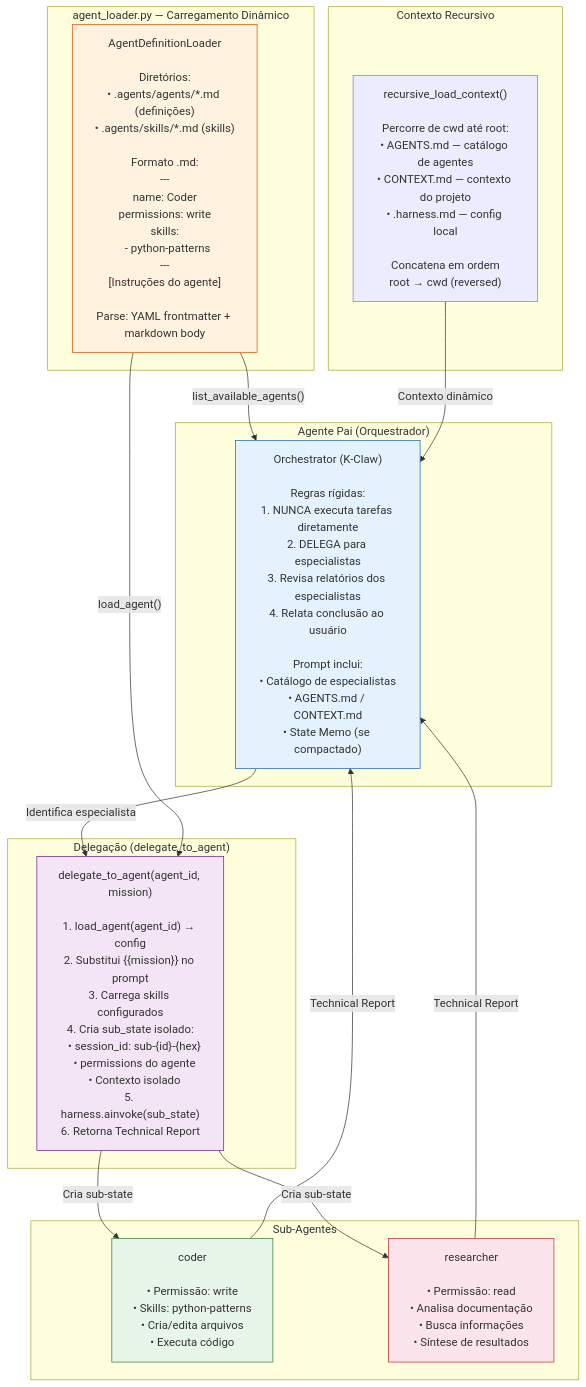
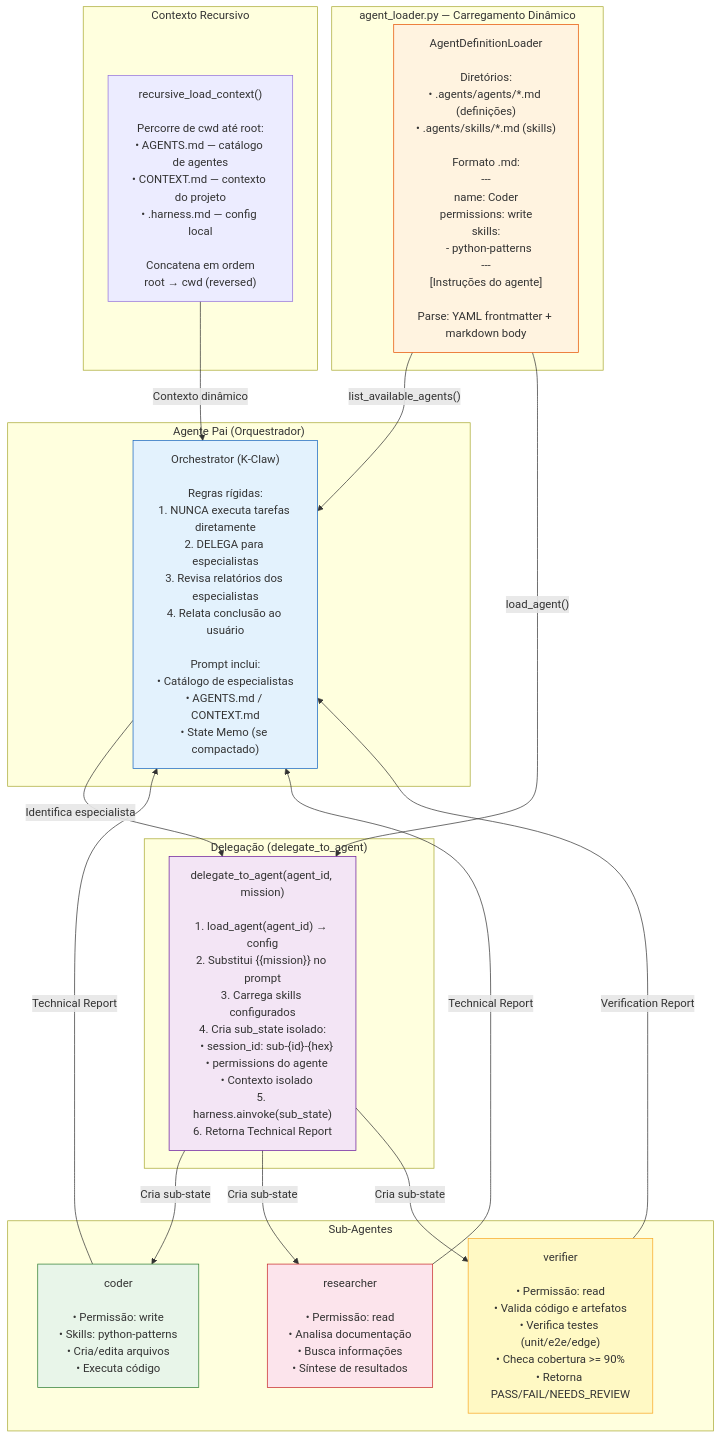
The fifth of 7 diagrams in ARCH.md (KlebersonCollab/k-claw), drawn with Mermaid before and after one commit. The commit also changed other lines of this file and 9 other files, not shown here.

````diff
--- a/ARCH.md
+++ b/ARCH.md
@@ -248,38 +254,42 @@
 ```mermaid
 flowchart TB
     subgraph "Agente Pai (Orquestrador)"
         ORCH["Orchestrator (K-Claw)<br/><br/>Regras rígidas:<br/>1. NUNCA executa tarefas diretamente<br/>2. DELEGA para especialistas<br/>3. Revisa relatórios dos especialistas<br/>4. Relata conclusão ao usuário<br/><br/>Prompt inclui:<br/>• Catálogo de especialistas<br/>• AGENTS.md / CONTEXT.md<br/>• State Memo (se compactado)"]
     end
 
     subgraph "agent_loader.py — Carregamento Dinâmico"
         AL["AgentDefinitionLoader<br/><br/>Diretórios:<br/>• .agents/agents/*.md (definições)<br/>• .agents/skills/*.md (skills)<br/><br/>Formato .md:<br/>---<br/>name: Coder<br/>permissions: write<br/>skills:<br/>  - python-patterns<br/>---<br/>[Instruções do agente]<br/><br/>Parse: YAML frontmatter + markdown body"]
     end
 
     subgraph "Delegação (delegate_to_agent)"
         DELEG["delegate_to_agent(agent_id, mission)<br/><br/>1. load_agent(agent_id) → config<br/>2. Substitui {{mission}} no prompt<br/>3. Carrega skills configurados<br/>4. Cria sub_state isolado:<br/>   • session_id: sub-{id}-{hex}<br/>   • permissions do agente<br/>   • Contexto isolado<br/>5. harness.ainvoke(sub_state)<br/>6. Retorna Technical Report"]
     end
 
     subgraph "Sub-Agentes"
         CODER["coder<br/><br/>• Permissão: write<br/>• Skills: python-patterns<br/>• Cria/edita arquivos<br/>• Executa código"]
         RESEARCHER["researcher<br/><br/>• Permissão: read<br/>• Analisa documentação<br/>• Busca informações<br/>• Síntese de resultados"]
+        VERIFIER["verifier<br/><br/>• Permissão: read<br/>• Valida código e artefatos<br/>• Verifica testes (unit/e2e/edge)<br/>• Checa cobertura >= 90%<br/>• Retorna PASS/FAIL/NEEDS_REVIEW"]
     end
 
     subgraph "Contexto Recursivo"
         CTX["recursive_load_context()<br/><br/>Percorre de cwd até root:<br/>• AGENTS.md — catálogo de agentes<br/>• CONTEXT.md — contexto do projeto<br/>• .harness.md — config local<br/><br/>Concatena em ordem<br/>root → cwd (reversed)"]
     end
 
     ORCH -->|"Identifica especialista"| DELEG
     AL -->|"list_available_agents()"| ORCH
     AL -->|"load_agent()"| DELEG
     DELEG -->|"Cria sub-state"| CODER
     DELEG -->|"Cria sub-state"| RESEARCHER
+    DELEG -->|"Cria sub-state"| VERIFIER
     CODER -->|"Technical Report"| ORCH
     RESEARCHER -->|"Technical Report"| ORCH
+    VERIFIER -->|"Verification Report"| ORCH
     CTX -->|"Contexto dinâmico"| ORCH
 
     style ORCH fill:#e3f2fd,stroke:#1565c0
     style CODER fill:#e8f5e9,stroke:#2e7d32
     style RESEARCHER fill:#fce4ec,stroke:#c62828
+    style VERIFIER fill:#fff9c4,stroke:#f9a825
     style AL fill:#fff3e0,stroke:#e65100
     style DELEG fill:#f3e5f5,stroke:#6a1b9a
 ```
````
